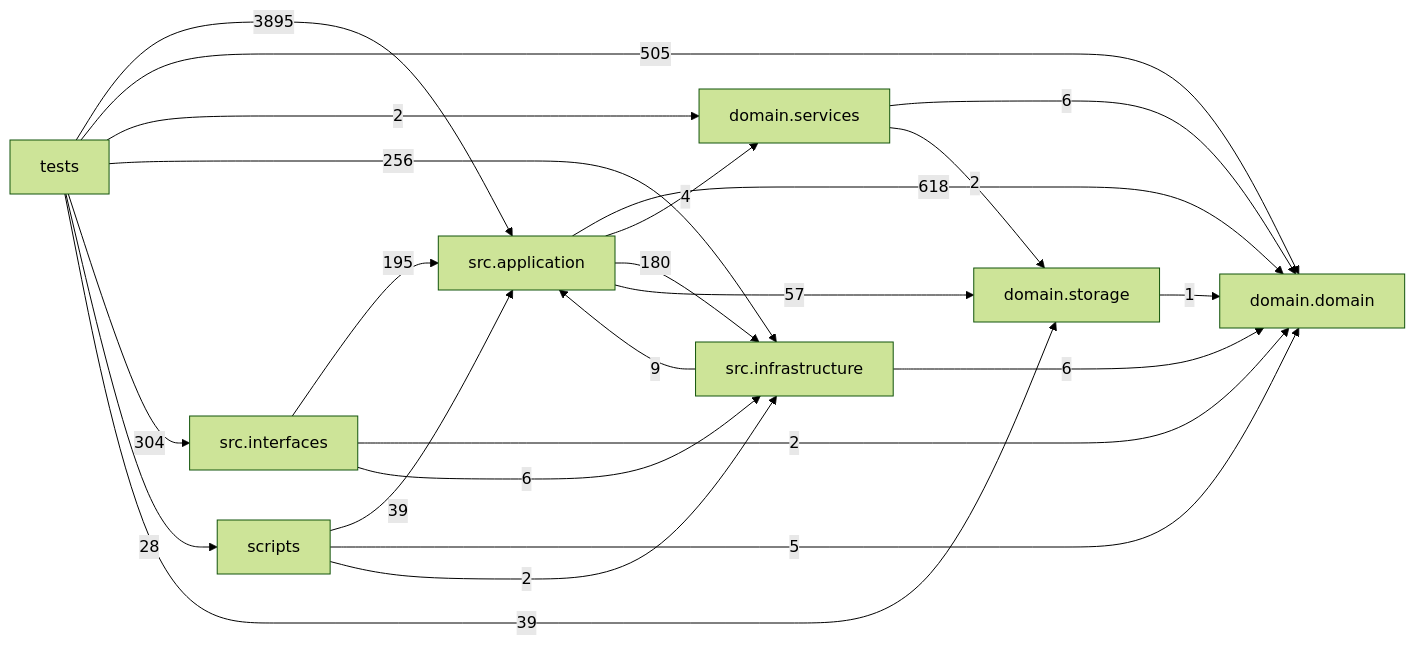
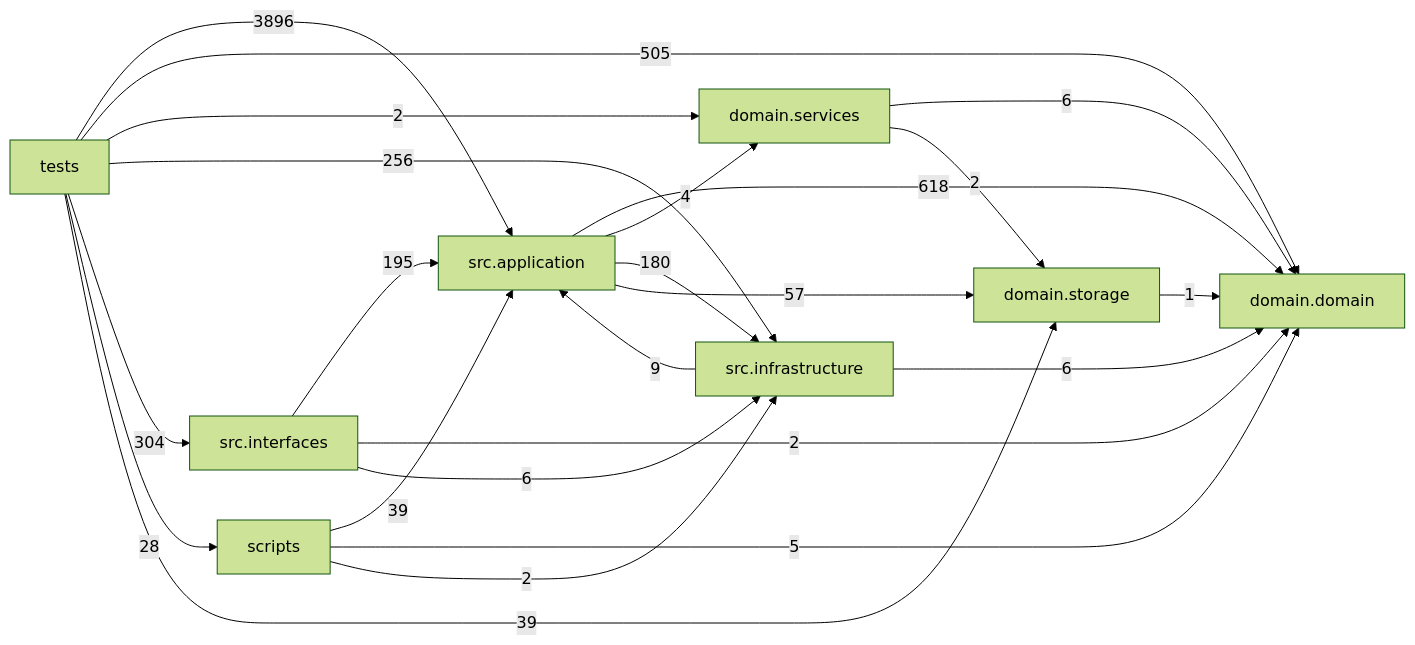
Before and after one commit to liuxie066/options-monitor: the diagram in docs/DEPENDENCY_GRAPH.md, drawn with Mermaid (forest theme). The commit also changed other lines of this file and 3 other files, not shown here.

````diff
--- a/docs/DEPENDENCY_GRAPH.md
+++ b/docs/DEPENDENCY_GRAPH.md
@@ -24,33 +24,33 @@
 ```mermaid
 flowchart LR
   tests["tests"]
   scripts["scripts"]
   interfaces["src.interfaces"]
   application["src.application"]
   infrastructure["src.infrastructure"]
   domain_services["domain.services"]
   domain["domain.domain"]
   storage["domain.storage"]
   application -->|618| domain
   application -->|4| domain_services
   application -->|180| infrastructure
   application -->|57| storage
   domain_services -->|6| domain
   domain_services -->|2| storage
   infrastructure -->|9| application
   infrastructure -->|6| domain
   interfaces -->|195| application
   interfaces -->|2| domain
   interfaces -->|6| infrastructure
   scripts -->|39| application
   scripts -->|5| domain
   scripts -->|2| infrastructure
   storage -->|1| domain
-  tests -->|3895| application
+  tests -->|3896| application
   tests -->|505| domain
   tests -->|2| domain_services
   tests -->|256| infrastructure
   tests -->|304| interfaces
   tests -->|28| scripts
   tests -->|39| storage
 ```
````
